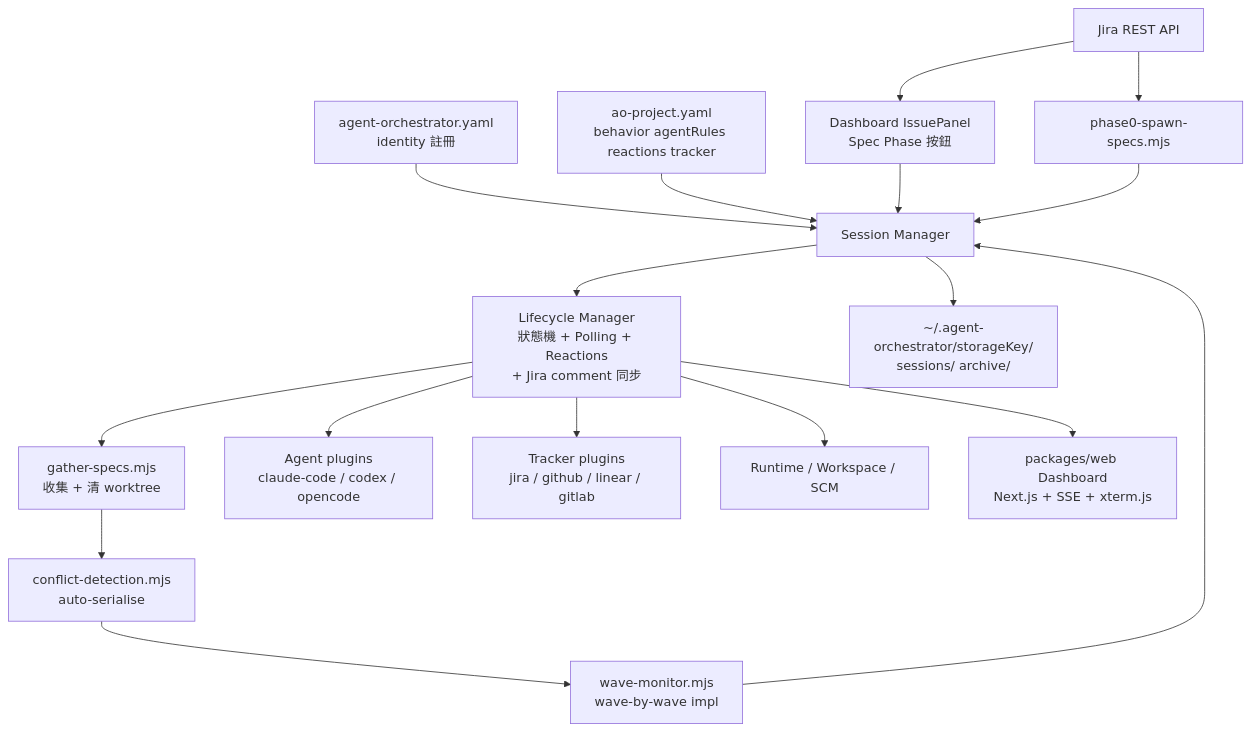
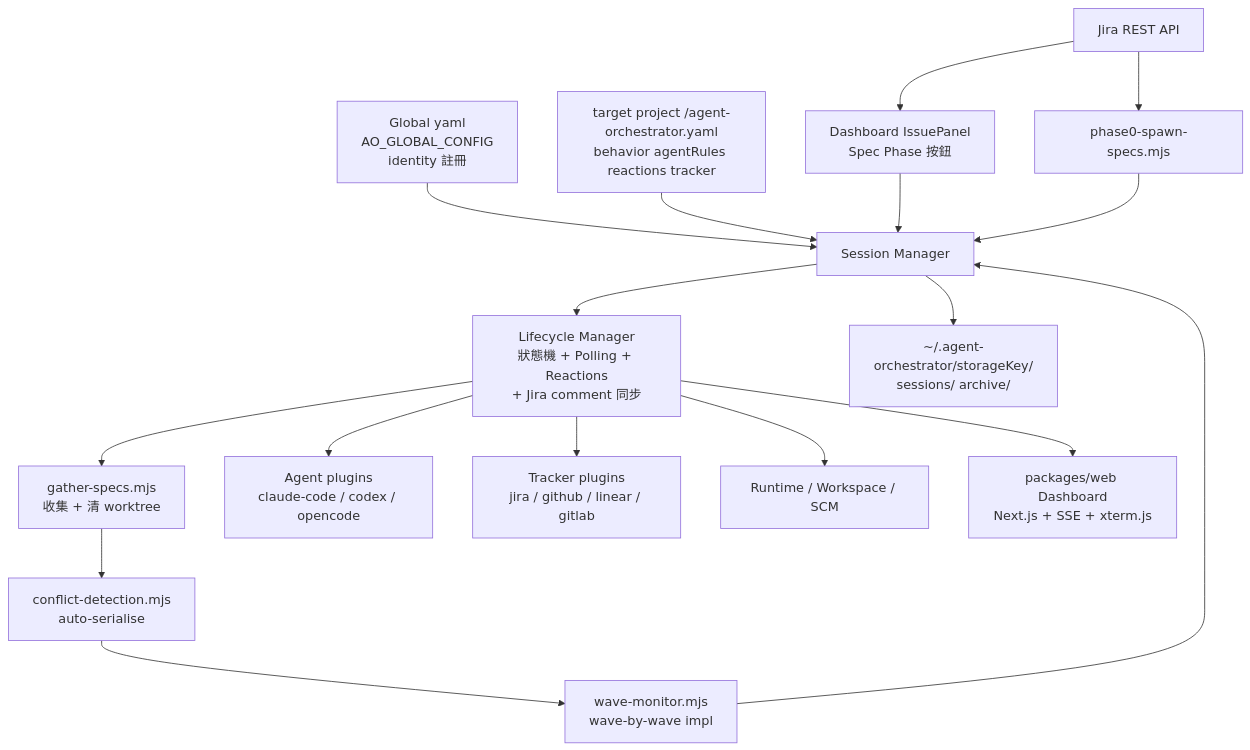
One commit to huskylin/agent-orchestrator changed the first of 3 diagrams in README.md. Above: the diagram before and after it, drawn with Mermaid. The commit also changed other lines of this file and 2 other files, not shown here.

First line of the commit message:
refactor: 移除 ao-project.yaml 自訂檔名，回歸上游 agent-orchestrator.yaml

````diff
--- a/README.md
+++ b/README.md
@@ -76,40 +74,40 @@
 ```mermaid
 graph TB
-    YAML["agent-orchestrator.yaml<br>identity 註冊"]
-    LOCAL["ao-project.yaml<br>behavior agentRules reactions tracker"]
+    YAML["Global yaml<br>AO_GLOBAL_CONFIG<br>identity 註冊"]
+    LOCAL["target project /agent-orchestrator.yaml<br>behavior agentRules reactions tracker"]
     JIRA["Jira REST API"]
 
     DASH["Dashboard IssuePanel<br>Spec Phase 按鈕"]
     P0["phase0-spawn-specs.mjs"]
 
     GS["gather-specs.mjs<br>收集 + 清 worktree"]
     CD["conflict-detection.mjs<br>auto-serialise"]
     WM["wave-monitor.mjs<br>wave-by-wave impl"]
 
     SESSION_MGR["Session Manager"]
     LIFECYCLE["Lifecycle Manager<br>狀態機 + Polling + Reactions<br>+ Jira comment 同步"]
 
     AGENTS["Agent plugins<br>claude-code / codex / opencode"]
     TRACKERS["Tracker plugins<br>jira / github / linear / gitlab"]
     INFRA["Runtime / Workspace / SCM"]
 
     WEB["packages/web Dashboard<br>Next.js + SSE + xterm.js"]
     STORAGE["~/.agent-orchestrator/storageKey/<br>sessions/ archive/"]
 
     YAML --> SESSION_MGR
     LOCAL --> SESSION_MGR
     JIRA --> P0
     JIRA --> DASH
     DASH --> SESSION_MGR
     P0 --> SESSION_MGR
     SESSION_MGR --> LIFECYCLE
     LIFECYCLE --> GS
     GS --> CD
     CD --> WM
     WM --> SESSION_MGR
     LIFECYCLE --> AGENTS
     LIFECYCLE --> INFRA
     LIFECYCLE --> TRACKERS
     SESSION_MGR --> STORAGE
     LIFECYCLE --> WEB
 ```
````
